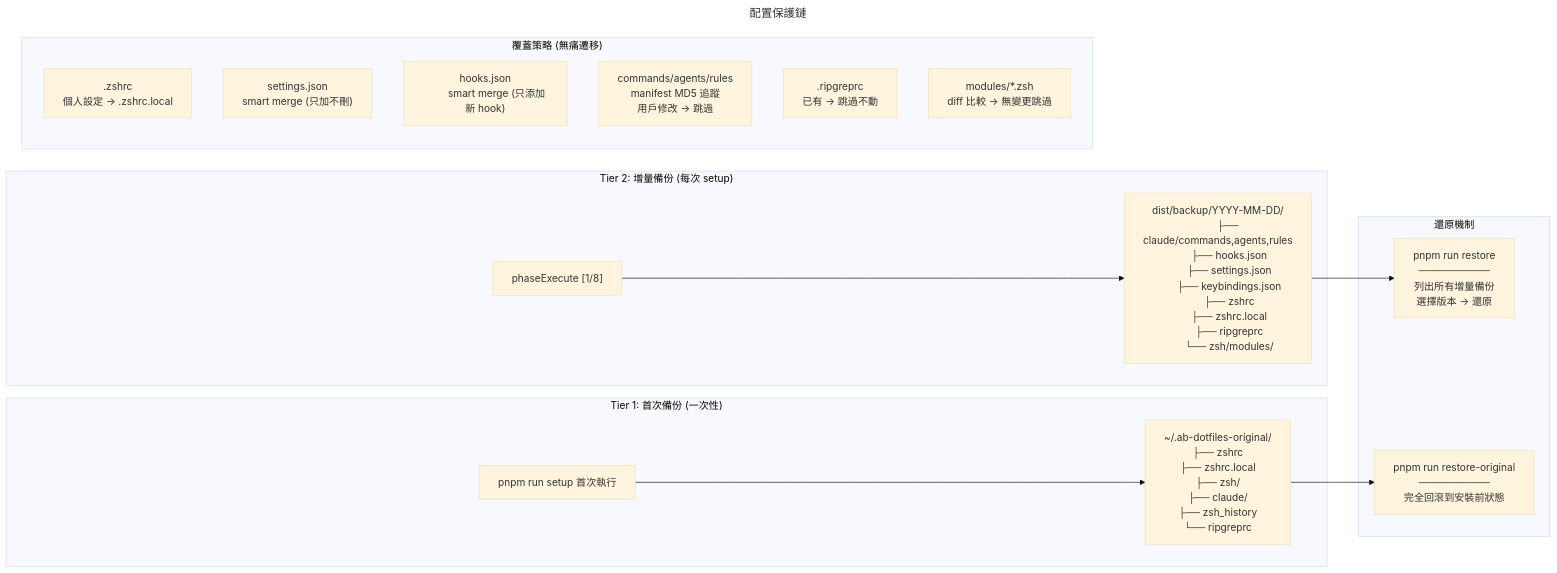
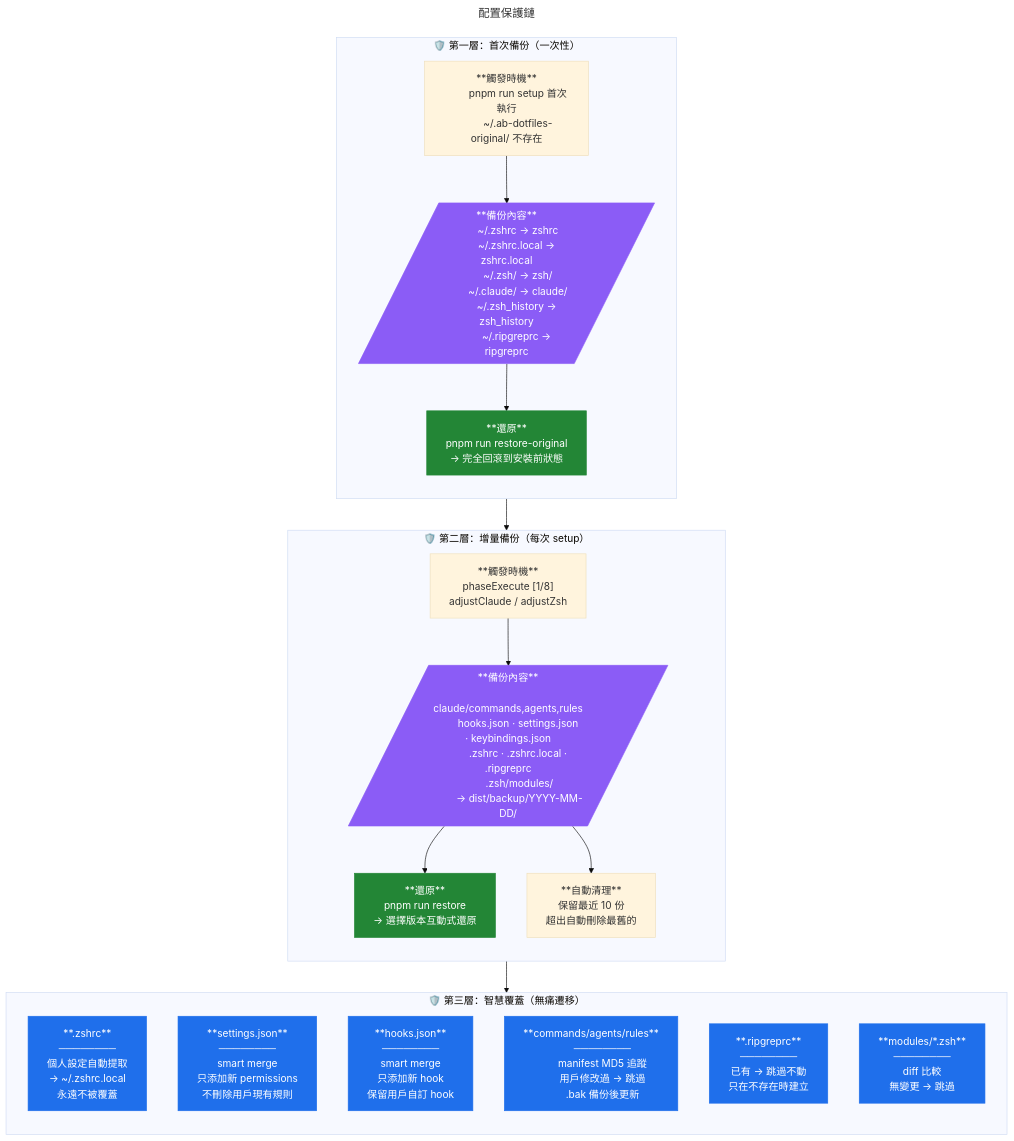
One commit to AlvinBian/ab-dotfiles changed the diagram in docs/flows/config-protection.mmd. Above: the diagram before and after it, drawn with Mermaid (base theme). The commit also changed 9 other files, not shown here.

First line of the commit message:
feat(flow): 流程圖全面細化 + click 節點跳轉 + 色彩分類

```diff
--- a/docs/flows/config-protection.mmd
+++ b/docs/flows/config-protection.mmd
@@ -1,60 +1,90 @@
 ---
 title: 配置保護鏈
-description: 備份策略 → 覆蓋策略 → 還原機制
+description: 三層保護：首次備份 → 增量備份 → 智慧覆蓋 + 兩種還原
 links:
-  - phase-execute: 安裝執行流程
+  - phase-execute: 安裝流程（備份在 Step 1）
   - setup-main: 返回主流程
 ---
-flowchart LR
-    subgraph Tier1 ["Tier 1: 首次備份 (一次性)"]
-        O1["pnpm run setup 首次執行"]
-        O1 --> OB["~/.ab-dotfiles-original/
-        ├── zshrc
-        ├── zshrc.local
-        ├── zsh/
-        ├── claude/
-        ├── zsh_history
-        └── ripgreprc"]
+flowchart TD
+    subgraph Layer1 ["🛡️ 第一層：首次備份（一次性）"]
+        direction TB
+        L1T["**觸發時機**
+        pnpm run setup 首次執行
+        ~/.ab-dotfiles-original/ 不存在"]
+        L1T --> L1F[/"**備份內容**
+        ~/.zshrc → zshrc
+        ~/.zshrc.local → zshrc.local
+        ~/.zsh/ → zsh/
+        ~/.claude/ → claude/
+        ~/.zsh_history → zsh_history
+        ~/.ripgreprc → ripgreprc"/]
+        L1F --> L1R["**還原**
+        pnpm run restore-original
+        → 完全回滾到安裝前狀態"]
     end
 
-    subgraph Tier2 ["Tier 2: 增量備份 (每次 setup)"]
-        S1["phaseExecute [1/8]"]
-        S1 --> SB["dist/backup/YYYY-MM-DD/
-        ├── claude/commands,agents,rules
-        ├── hooks.json
-        ├── settings.json
-        ├── keybindings.json
-        ├── zshrc
-        ├── zshrc.local
-        ├── ripgreprc
-        └── zsh/modules/"]
+    subgraph Layer2 ["🛡️ 第二層：增量備份（每次 setup）"]
+        direction TB
+        L2T["**觸發時機**
+        phaseExecute [1/8]
+        adjustClaude / adjustZsh"]
+        L2T --> L2F[/"**備份內容**
+        claude/commands,agents,rules
+        hooks.json · settings.json · keybindings.json
+        .zshrc · .zshrc.local · .ripgreprc
+        .zsh/modules/
+        → dist/backup/YYYY-MM-DD/"/]
+        L2F --> L2R["**還原**
+        pnpm run restore
+        → 選擇版本互動式還原"]
+        L2F --> L2C["**自動清理**
+        保留最近 10 份
+        超出自動刪除最舊的"]
     end
 
-    subgraph Deploy ["覆蓋策略 (無痛遷移)"]
-        D1[".zshrc
-        個人設定 → .zshrc.local"]
-        D2["settings.json
-        smart merge (只加不刪)"]
-        D3["hooks.json
-        smart merge (只添加新 hook)"]
-        D4["commands/agents/rules
+    subgraph Layer3 ["🛡️ 第三層：智慧覆蓋（無痛遷移）"]
+        direction TB
+        S1["**.zshrc**
+        ────────
+        個人設定自動提取
+        → ~/.zshrc.local
+        永遠不被覆蓋"]
+
+        S2["**settings.json**
+        ────────
+        smart merge
+        只添加新 permissions
+        不刪除用戶現有規則"]
+
+        S3["**hooks.json**
+        ────────
+        smart merge
+        只添加新 hook
+        保留用戶自訂 hook"]
+
+        S4["**commands/agents/rules**
+        ────────
         manifest MD5 追蹤
-        用戶修改 → 跳過"]
-        D5[".ripgreprc
-        已有 → 跳過不動"]
-        D6["modules/*.zsh
-        diff 比較 → 無變更跳過"]
+        用戶修改過 → 跳過
+        .bak 備份後更新"]
+
+        S5["**.ripgreprc**
+        ────────
+        已有 → 跳過不動
+        只在不存在時建立"]
+
+        S6["**modules/*.zsh**
+        ────────
+        diff 比較
+        無變更 → 跳過"]
     end
 
-    subgraph Restore ["還原機制"]
-        R1["pnpm run restore
-        ──────────
-        列出所有增量備份
-        選擇版本 → 還原"]
-        R2["pnpm run restore-original
-        ──────────
-        完全回滾到安裝前狀態"]
-    end
+    Layer1 --> Layer2 --> Layer3
 
-    SB --> R1
-    OB --> R2
+    classDef backup fill:#8b5cf6,color:#fff,stroke:#8b5cf6
+    classDef restore fill:#238636,color:#fff,stroke:#238636
+    classDef strategy fill:#1f6feb,color:#fff,stroke:#1f6feb
+
+    class L1F,L2F backup
+    class L1R,L2R restore
+    class S1,S2,S3,S4,S5,S6 strategy
```
